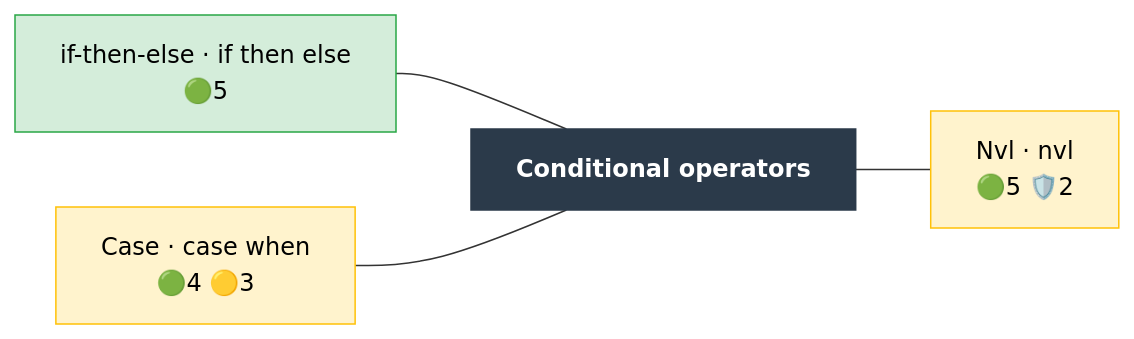
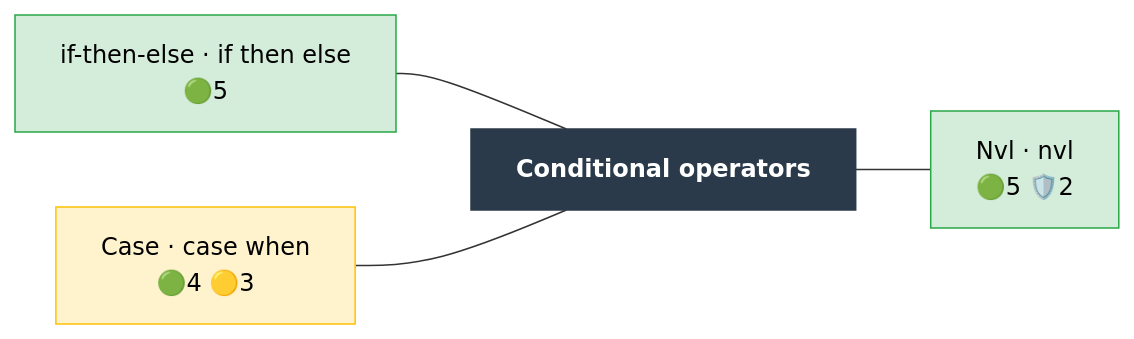
Before and after one commit to Meaningful-Data/vtlengine: the diagram in docs/operator_map/conditional/index.rst, drawn with Mermaid. The commit also changed other lines of this file and 140 other files, not shown here.

```diff
--- a/docs/operator_map/conditional/index.rst
+++ b/docs/operator_map/conditional/index.rst
@@ -17,21 +17,21 @@
 .. mermaid::
    :config: {"flowchart": {"useMaxWidth": false}}
 
    flowchart LR
        classDef ok fill:#d4edda,stroke:#28a745,color:#000
        classDef partial fill:#fff3cd,stroke:#ffc107,color:#000
        classDef refused fill:#d4edda,stroke:#28a745,stroke-width:3px,stroke-dasharray: 2 2,color:#000
        classDef missing fill:#f8d7da,stroke:#dc3545,color:#000
        classDef diverge fill:#cce5ff,stroke:#007bff,color:#000
        classDef block fill:#2b3a4a,stroke:#2b3a4a,color:#fff,font-weight:bold
        classDef ext fill:#fff,stroke:#666,color:#000,stroke-dasharray: 5 5
        B["Conditional operators"]:::block
        conditional__if_then_else["if-then-else · if then else<br/>🟢5"]:::ok
        conditional__case["Case · case when<br/>🟢4 🟡3"]:::partial
-       conditional__nvl["Nvl · nvl<br/>🟢5 🛡️2"]:::partial
+       conditional__nvl["Nvl · nvl<br/>🟢5 🛡️2"]:::ok
        conditional__if_then_else --- B
        conditional__case --- B
        B --- conditional__nvl
        click conditional__if_then_else href "if_then_else.html"
        click conditional__case href "case.html"
        click conditional__nvl href "nvl.html"
```
